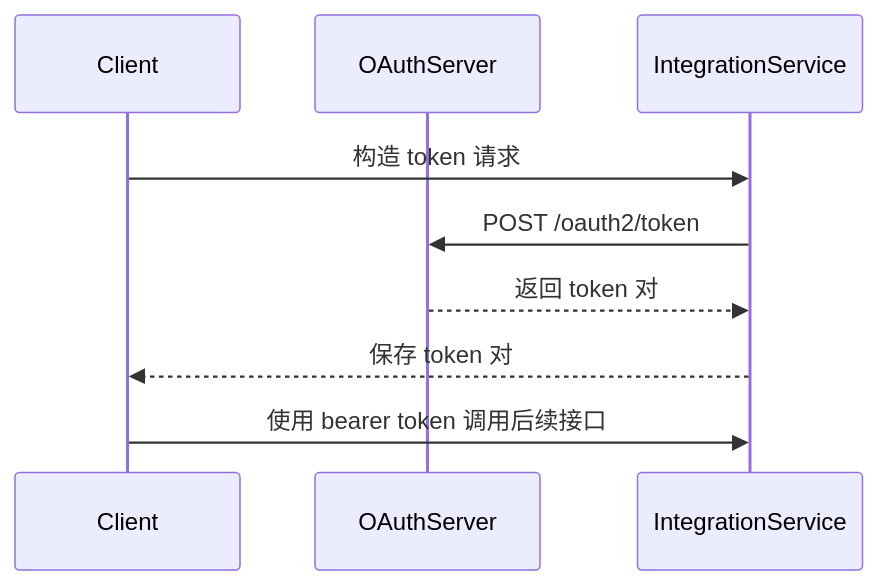
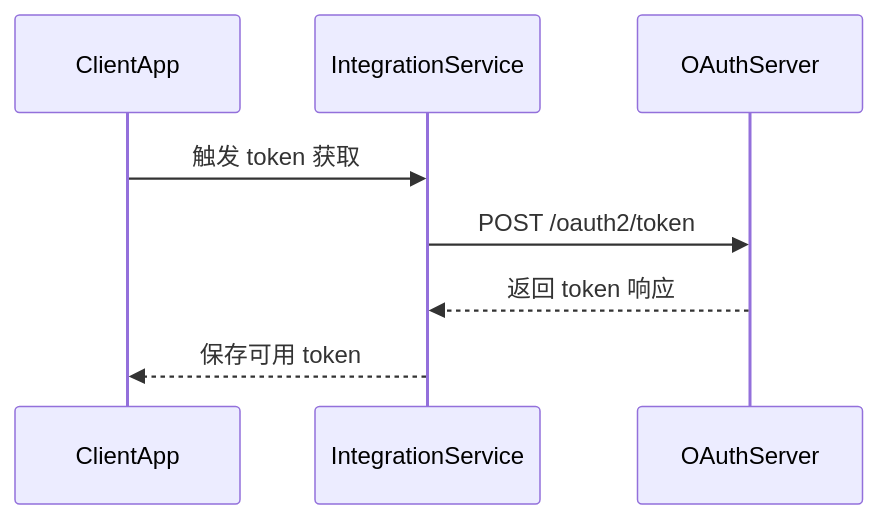
Before and after one commit to EugeneJian/growatt-unified-api: the diagram in Growatt API/OPENAPI.zh-CN/02_api_access_token.md, drawn with Mermaid. The commit also changed other lines of this file and 26 other files, not shown here.

````diff
--- a/Growatt API/OPENAPI.zh-CN/02_api_access_token.md
+++ b/Growatt API/OPENAPI.zh-CN/02_api_access_token.md
@@ -17,13 +20,12 @@
 ```mermaid
 %% 本代码严格遵循AI生成Mermaid代码的终极准则v4.1（Mermaid终极大师）
 sequenceDiagram
-    participant Client as Client
+    participant Client as ClientApp
+    participant Service as IntegrationService
     participant OAuth as OAuthServer
-    participant App as IntegrationService
 
-    Client->>App: 构造 token 请求
-    App->>OAuth: POST /oauth2/token
-    OAuth-->>App: 返回 token 对
-    App-->>Client: 保存 token 对
-    Client->>App: 使用 bearer token 调用后续接口
+    Client->>Service: 触发 token 获取
+    Service->>OAuth: POST /oauth2/token
+    OAuth-->>Service: 返回 token 响应
+    Service-->>Client: 保存可用 token
 ```
````
